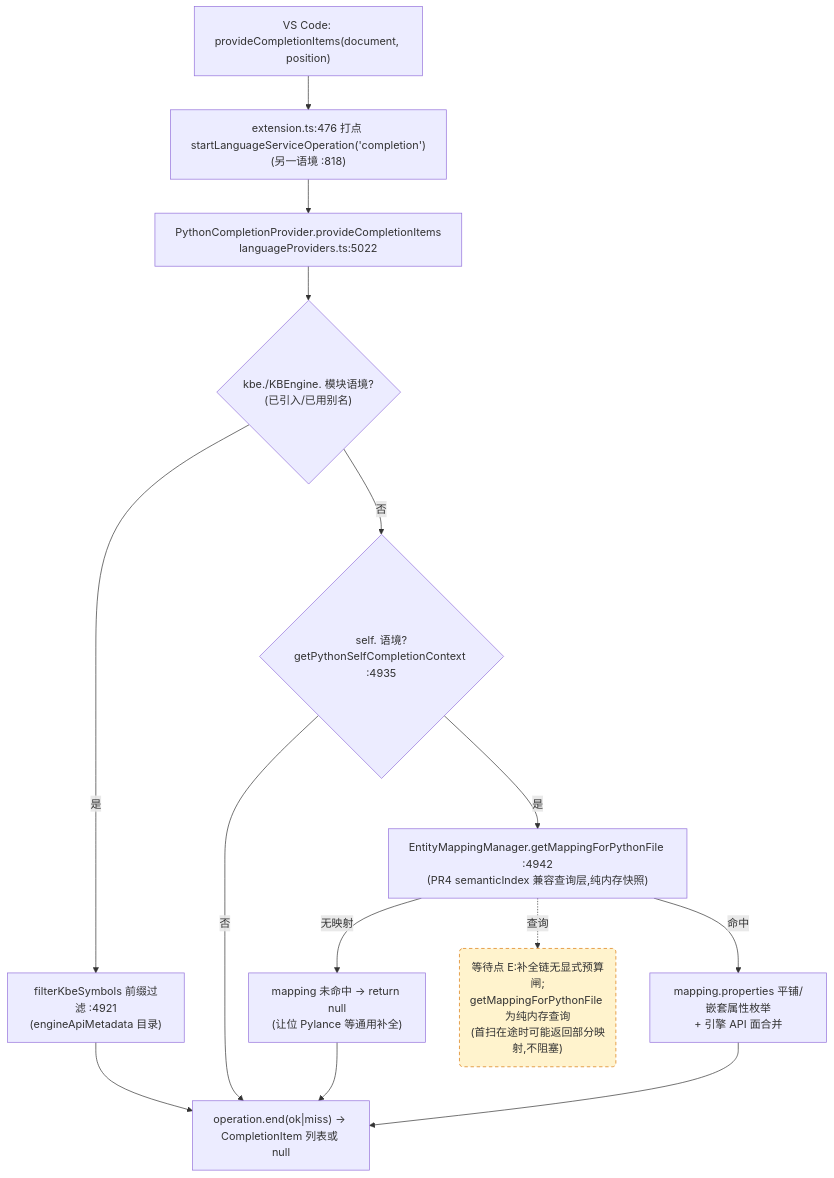
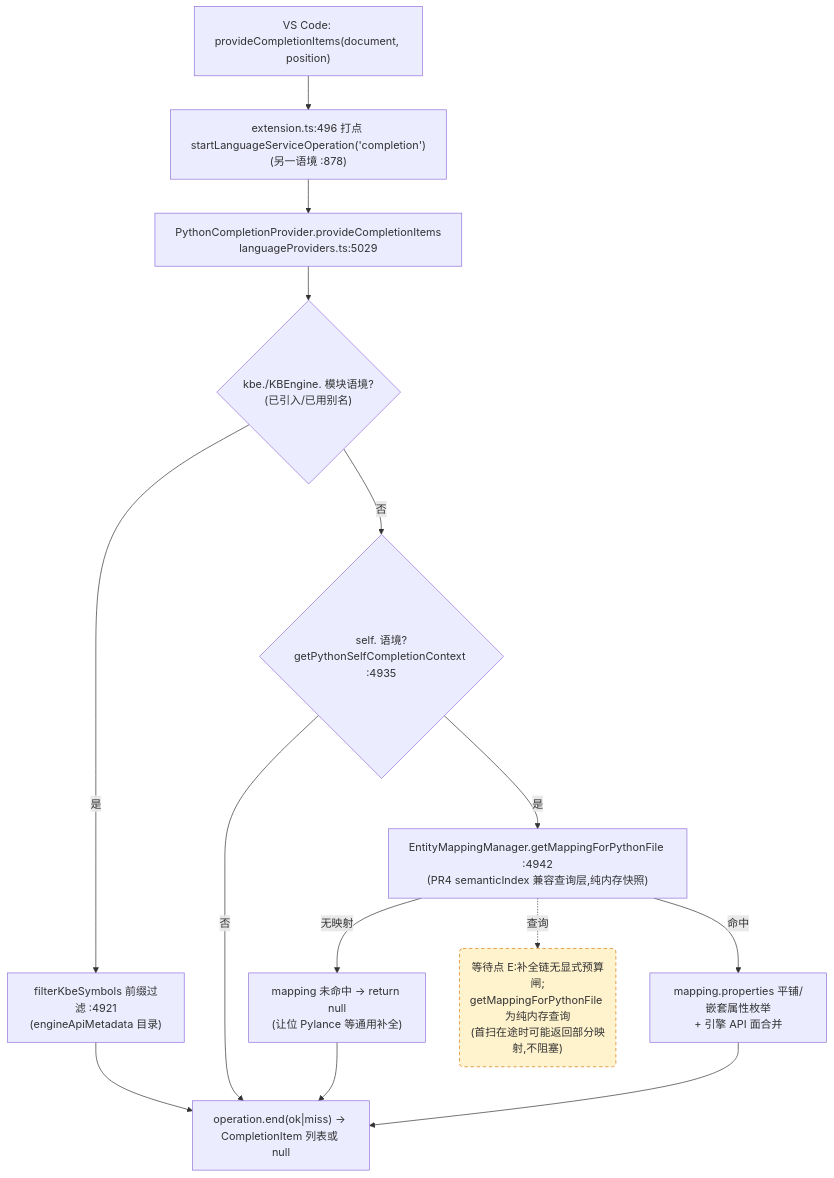
Before and after one commit to cuihairu/kode: the third of 4 diagrams in docs/perf/2026-baseline.md, drawn with Mermaid. The commit also changed other lines of this file and 7 other files, not shown here.

````diff
--- a/docs/perf/2026-baseline.md
+++ b/docs/perf/2026-baseline.md
@@ -184,27 +184,27 @@
 ```mermaid
 flowchart TD
   VC3["VS Code: provideCompletionItems(document, position)"]
-  M3["extension.ts:476 打点 startLanguageServiceOperation('completion')<br/>(另一语境 :818)"]
-  CP["PythonCompletionProvider.provideCompletionItems<br/>languageProviders.ts:5022"]
+  M3["extension.ts:496 打点 startLanguageServiceOperation('completion')<br/>(另一语境 :878)"]
+  CP["PythonCompletionProvider.provideCompletionItems<br/>languageProviders.ts:5029"]
   KBEC{"kbe./KBEngine. 模块语境?<br/>(已引入/已用别名)"}
   FILTER["filterKbeSymbols 前缀过滤 :4921<br/>(engineApiMetadata 目录)"]
   SELFC{"self. 语境?<br/>getPythonSelfCompletionContext :4935"}
   MAP["EntityMappingManager.getMappingForPythonFile :4942<br/>(PR4 semanticIndex 兼容查询层,纯内存快照)"]
   NOMAP["mapping 未命中 → return null<br/>(让位 Pylance 等通用补全)"]
   PROPS["mapping.properties 平铺/嵌套属性枚举<br/>+ 引擎 API 面合并"]
   END3["operation.end(ok|miss) → CompletionItem 列表或 null"]
 
   VC3 --> M3 --> CP --> KBEC
   KBEC -- "是" --> FILTER --> END3
   KBEC -- "否" --> SELFC
   SELFC -- "否" --> END3
   SELFC -- "是" --> MAP
   MAP -- "无映射" --> NOMAP --> END3
   MAP -- "命中" --> PROPS --> END3
 
   WAITE("等待点 E:补全链无显式预算闸;<br/>getMappingForPythonFile 为纯内存查询<br/>(首扫在途时可能返回部分映射,不阻塞)")
   MAP -.->|查询| WAITE
 
   classDef waitPoint fill:#fff3cd,stroke:#d97706,stroke-dasharray:5 4;
   class WAITE waitPoint;
 ```
````
